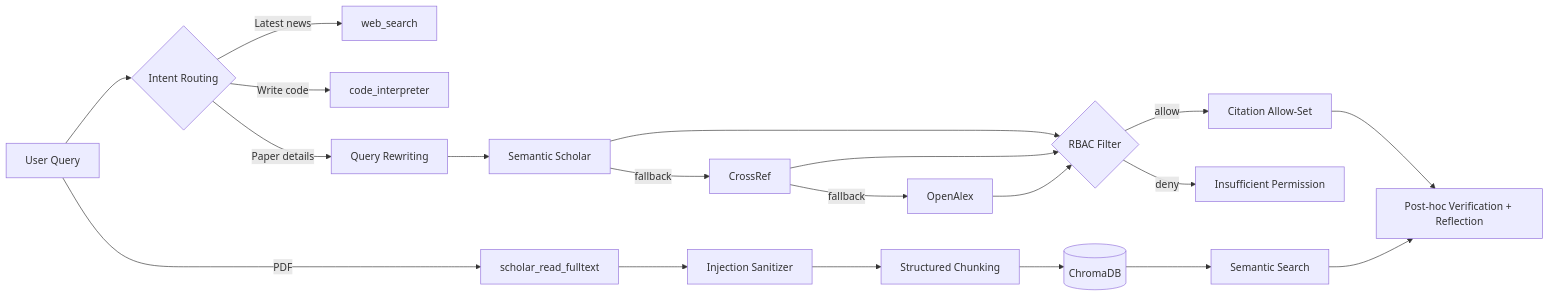
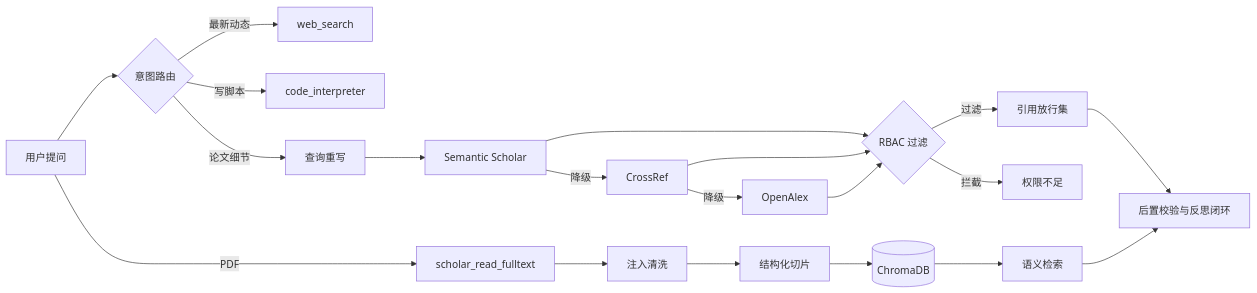
One commit to frozen-jak/Scholar-Guardian changed the diagram in README.md. Above: the diagram before and after it, drawn with Mermaid. The commit also changed other lines of this file, not shown here.

````diff
--- a/README.md
+++ b/README.md
@@ -33,15 +33,15 @@
 ```mermaid
 flowchart LR
-    U[User Query] --> R{Intent Routing}
-    R -->|Latest news| WS[web_search]
-    R -->|Write code| CI[code_interpreter]
-    R -->|Paper details| QR[Query Rewriting]
-    QR --> L1[Semantic Scholar] -->|fallback| L2[CrossRef] -->|fallback| L3[OpenAlex]
-    L1 & L2 & L3 --> RBAC{RBAC Filter}
-    RBAC -->|allow| REFS[Citation Allow-Set]
-    RBAC -->|deny| LOCK[Insufficient Permission]
+    U[用户提问] --> R{意图路由}
+    R -->|最新动态| WS[web_search]
+    R -->|写脚本| CI[code_interpreter]
+    R -->|论文细节| QR[查询重写]
+    QR --> L1[Semantic Scholar] -->|降级| L2[CrossRef] -->|降级| L3[OpenAlex]
+    L1 & L2 & L3 --> RBAC{RBAC 过滤}
+    RBAC -->|过滤| REFS[引用放行集]
+    RBAC -->|拦截| LOCK[权限不足]
     U -->|PDF| FT[scholar_read_fulltext]
-    FT --> SAN[Injection Sanitizer] --> CHUNK[Structured Chunking] --> DB[(ChromaDB)] --> SEM[Semantic Search]
-    REFS --> POST[Post-hoc Verification + Reflection]
+    FT --> SAN[注入清洗] --> CHUNK[结构化切片] --> DB[(ChromaDB)] --> SEM[语义检索]
+    REFS --> POST[后置校验与反思闭环]
     SEM --> POST
 ```
````
